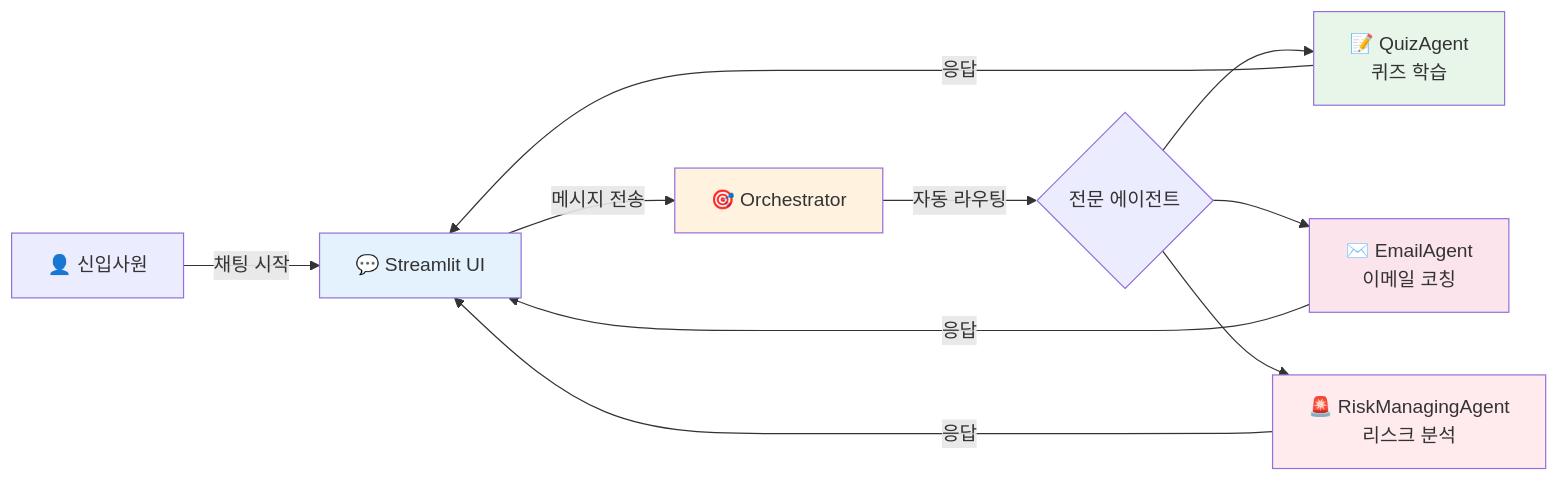
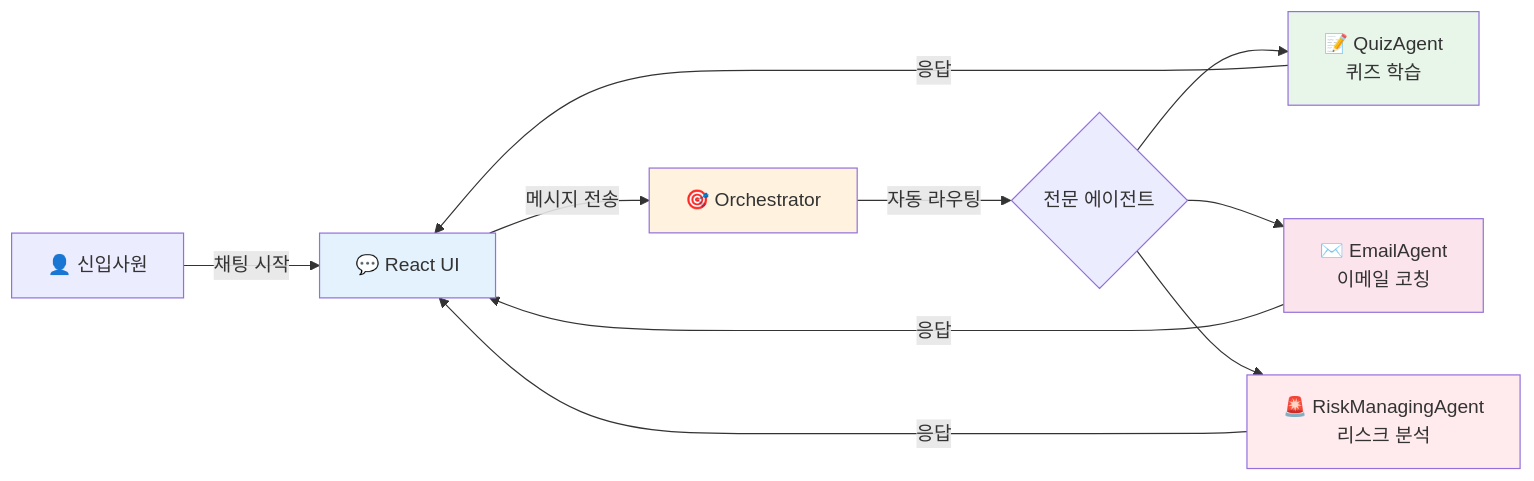
Before and after one commit to atozwizard/trade-onboarding-agent: the first of 5 diagrams in README.md, drawn with Mermaid. The commit also changed other lines of this file and 18 other files, not shown here.

````diff
--- a/README.md
+++ b/README.md
@@ -65,18 +65,18 @@
 ```mermaid
 graph LR
-    A[👤 신입사원] -->|채팅 시작| B[💬 Streamlit UI]
+    A[👤 신입사원] -->|채팅 시작| B[💬 React UI]
     B -->|메시지 전송| C[🎯 Orchestrator]
     C -->|자동 라우팅| D{전문 에이전트}
     D --> E[📝 QuizAgent<br/>퀴즈 학습]
     D --> F[✉️ EmailAgent<br/>이메일 코칭]
     D --> G[🚨 RiskManagingAgent<br/>리스크 분석]
     E -->|응답| B
     F -->|응답| B
     G -->|응답| B
 
     style B fill:#E3F2FD
     style C fill:#FFF3E0
     style E fill:#E8F5E9
     style F fill:#FCE4EC
     style G fill:#FFEBEE
 ```
````
